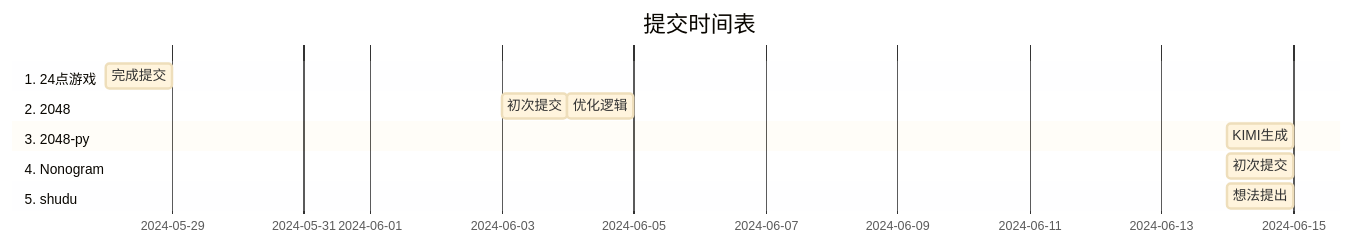
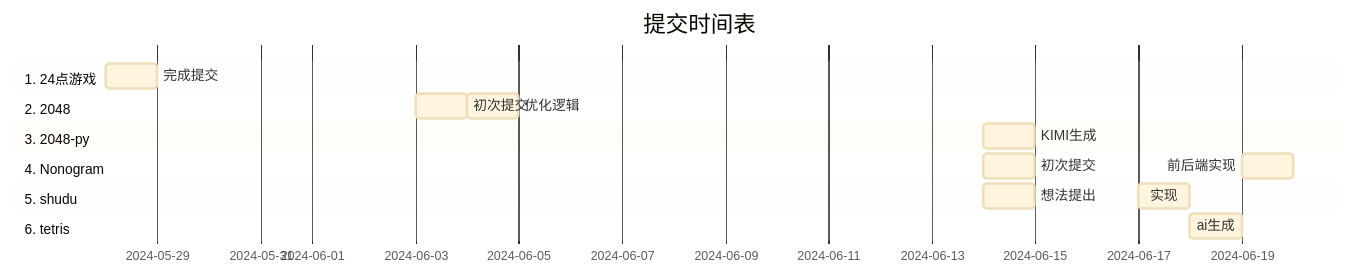
One commit to bugzzhou/everything changed the diagram in README.md. Above: the diagram before and after it, drawn with Mermaid. The commit also changed 16 other files, not shown here.

````diff
--- a/README.md
+++ b/README.md
@@ -10,23 +10,28 @@
 ```mermaid
 %%{init: {'theme': 'base', 'gantt': { 'displayMode': 'compact' }}}%%
 gantt
     title 提交时间表
     dateFormat  YYYY-MM-DD
     axisFormat  %Y-%m-%d
 
     section 1. 24点游戏
     完成提交 :a1, 2024-05-28, 1d
 
     section 2. 2048
     初次提交 :b1, 2024-06-03, 1d
     优化逻辑 :b2, 2024-06-04, 1d
 
     section 3. 2048-py
     KIMI生成 :b1, 2024-06-14, 1d
 
     section 4. Nonogram
     初次提交 :b1, 2024-06-14, 1d
+    前后端实现 :b2, 2024-06-19, 1d
 
     section 5. shudu
     想法提出 :b1, 2024-06-14, 1d
+    实现 :b2, 2024-06-17, 1d
+
+    section 6. tetris
+    ai生成 :b1, 2024-06-18, 1d
 ```
````
